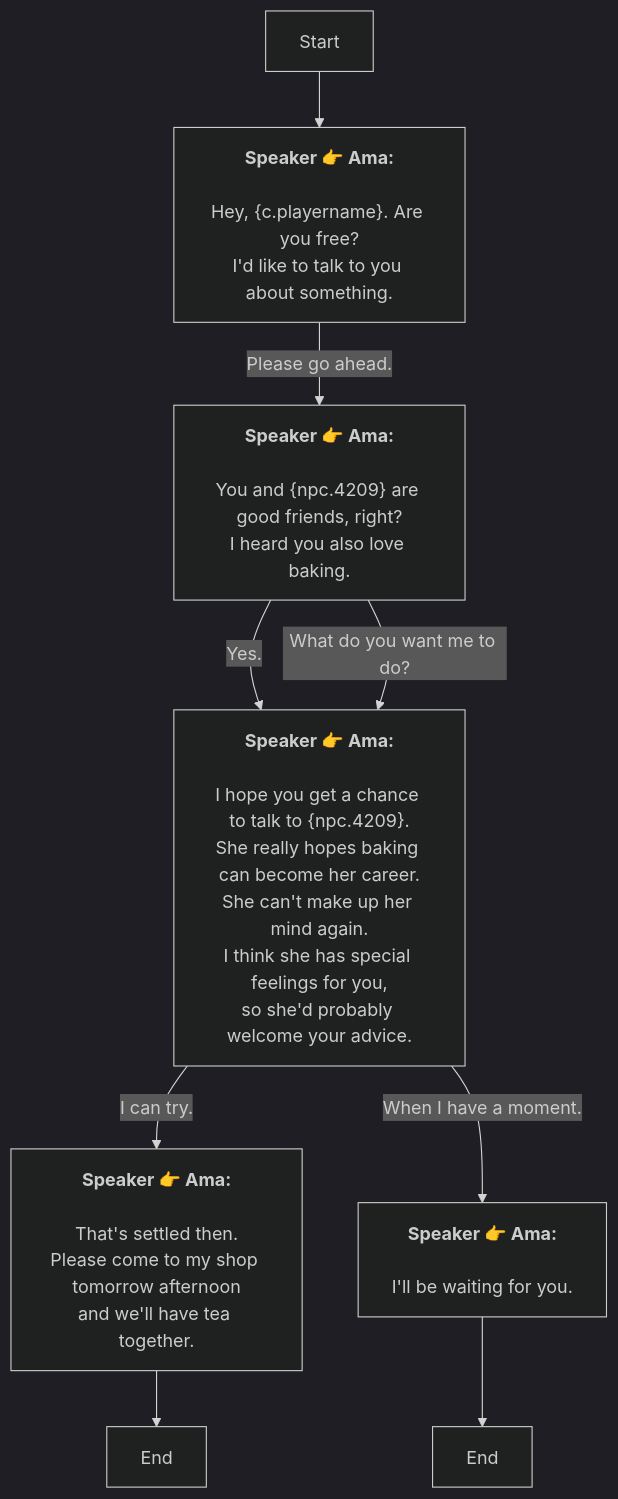
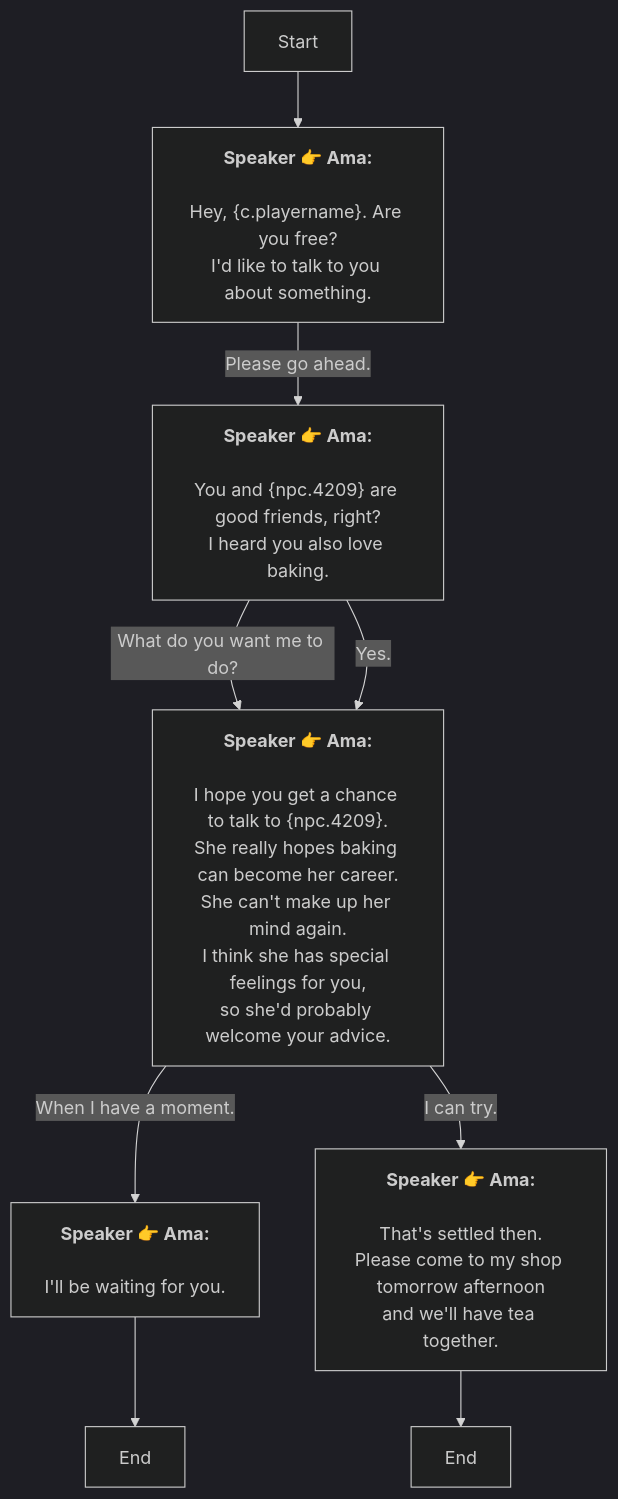
Before and after one commit to SoftHu/tos_avg: the diagram in En/QuestStartTalkENode_1754299649006153.md, drawn with Mermaid (dark theme). The commit also changed other lines of this file and 780 other files, not shown here.

````diff
--- a/En/QuestStartTalkENode_1754299649006153.md
+++ b/En/QuestStartTalkENode_1754299649006153.md
@@ -1,28 +1,28 @@
 ```mermaid
 graph
 Start -->1754300389577294[<b>Speaker 👉 Ama:</b>
 \nHey, &lbrace;c.playername&rbrace;. Are you free?
 I'd like to talk to you about something.]
 1754300389577294 -->|Please go ahead.|1754300443254355[<b>Speaker 👉 Ama:</b>
 \nYou and &lbrace;npc.4209&rbrace; are good friends, right?
 I heard you also love baking.]
+1754300443254355 -->|What do you want me to do?|1754300489287257[<b>Speaker 👉 Ama:</b>
+\nI hope you get a chance to talk to &lbrace;npc.4209&rbrace;.
+She really hopes baking can become her career.\nShe can't make up her mind again.
+I think she has special feelings for you,
+so she'd probably welcome your advice.]
 1754300443254355 -->|Yes.|1754300489287257[<b>Speaker 👉 Ama:</b>
 \nI hope you get a chance to talk to &lbrace;npc.4209&rbrace;.
 She really hopes baking can become her career.\nShe can't make up her mind again.
 I think she has special feelings for you,
 so she'd probably welcome your advice.]
-1754300443254355 -->|What do you want me to do?|1754300489287257[<b>Speaker 👉 Ama:</b>
-\nI hope you get a chance to talk to &lbrace;npc.4209&rbrace;.
-She really hopes baking can become her career.\nShe can't make up her mind again.
-I think she has special feelings for you,
-so she'd probably welcome your advice.]
+1754300489287257 -->|When I have a moment.|1754300946867810[<b>Speaker 👉 Ama:</b>
+\nI'll be waiting for you.]
 1754300489287257 -->|I can try.|1754300932487777[<b>Speaker 👉 Ama:</b>
 \nThat's settled then.
 Please come to my shop tomorrow afternoon
 and we'll have tea together.]
-1754300489287257 -->|When I have a moment.|1754300946867810[<b>Speaker 👉 Ama:</b>
-\nI'll be waiting for you.]
 1754300932487777 -->1754300921031264[End]
 1754300946867810 -->1754300914270815[End]
 
 ```
````
